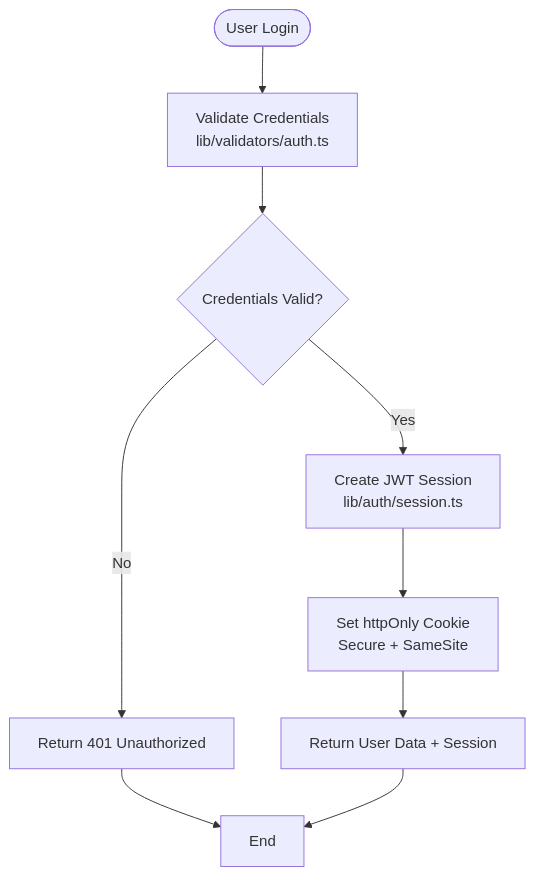
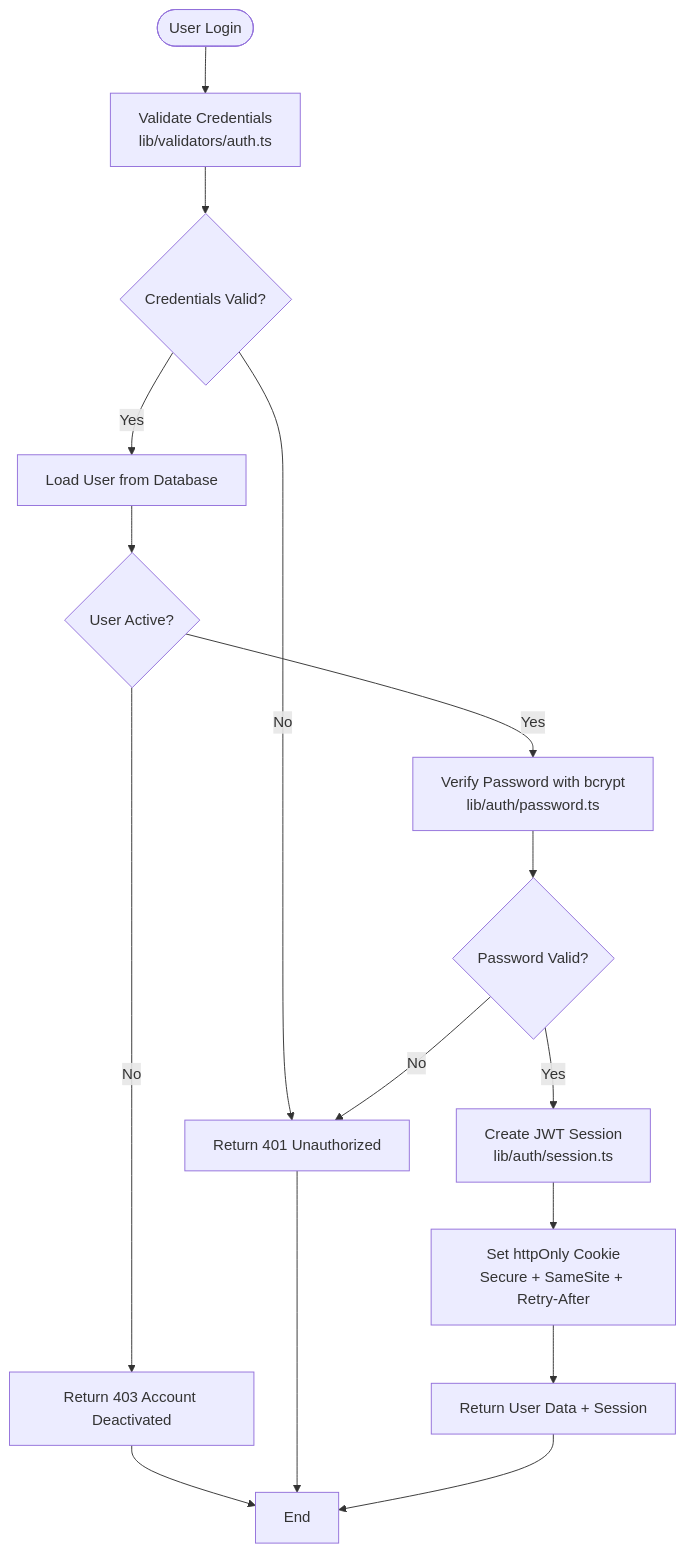
One commit to celebigilfatih/infrascope changed the fourth of 11 diagrams in .qoder/repowiki/en/content/Security Management/Security Management.md. Above: the diagram before and after it, drawn with Mermaid. The commit also changed other lines of this file and 13 other files, not shown here.

````diff
--- a/.qoder/repowiki/en/content/Security Management/Security Management.md
+++ b/.qoder/repowiki/en/content/Security Management/Security Management.md
@@ -238,11 +258,18 @@
 ```mermaid
 flowchart TD
 Start(["User Login"]) --> Validate["Validate Credentials<br/>lib/validators/auth.ts"]
 Validate --> AuthOK{"Credentials Valid?"}
 AuthOK -- No --> Deny["Return 401 Unauthorized"]
-AuthOK -- Yes --> CreateToken["Create JWT Session<br/>lib/auth/session.ts"]
-CreateToken --> SetCookie["Set httpOnly Cookie<br/>Secure + SameSite"]
+AuthOK -- Yes --> LoadUser["Load User from Database"]
+LoadUser --> CheckStatus{"User Active?"}
+CheckStatus -- No --> Deactivated["Return 403 Account Deactivated"]
+CheckStatus -- Yes --> HashCheck["Verify Password with bcrypt<br/>lib/auth/password.ts"]
+HashCheck --> ValidPass{"Password Valid?"}
+ValidPass -- No --> Deny
+ValidPass -- Yes --> CreateToken["Create JWT Session<br/>lib/auth/session.ts"]
+CreateToken --> SetCookie["Set httpOnly Cookie<br/>Secure + SameSite + Retry-After"]
 SetCookie --> Success["Return User Data + Session"]
+Deactivated --> End
 Deny --> End
 Success --> End
 ```
````
